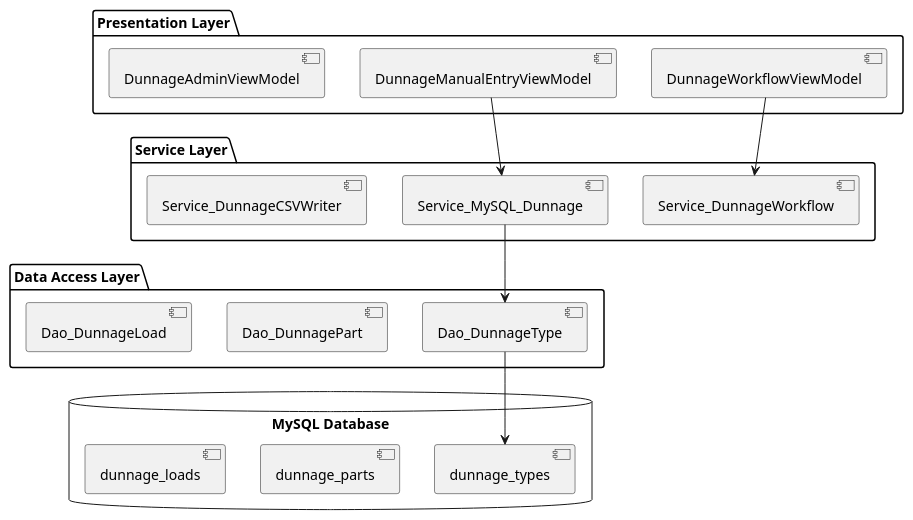
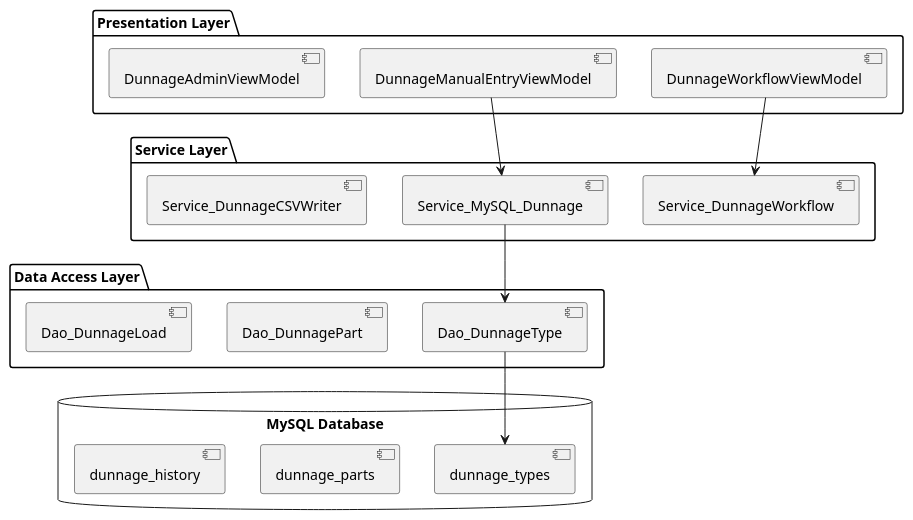
One commit to JDKoll1982/MTM_Receiving_Application changed the eighth of 19 diagrams in .github/instructions/plantuml-guide.instructions.md. Above: the diagram before and after it, drawn with PlantUML. The commit also changed other lines of this file and 287 other files, not shown here.

````diff
--- a/.github/instructions/plantuml-guide.instructions.md
+++ b/.github/instructions/plantuml-guide.instructions.md
@@ -317,32 +317,32 @@
 ```plantuml
 @startuml
 package "Presentation Layer" {
     [DunnageWorkflowViewModel]
     [DunnageManualEntryViewModel]
     [DunnageAdminViewModel]
 }
 
 package "Service Layer" {
     [Service_DunnageWorkflow]
     [Service_MySQL_Dunnage]
     [Service_DunnageCSVWriter]
 }
 
 package "Data Access Layer" {
     [Dao_DunnageType]
     [Dao_DunnagePart]
     [Dao_DunnageLoad]
 }
 
 database "MySQL Database" {
     [dunnage_types]
     [dunnage_parts]
-    [dunnage_loads]
+    [dunnage_history]
 }
 
 [DunnageWorkflowViewModel] --> [Service_DunnageWorkflow]
 [DunnageManualEntryViewModel] --> [Service_MySQL_Dunnage]
 [Service_MySQL_Dunnage] --> [Dao_DunnageType]
 [Dao_DunnageType] --> [dunnage_types]
 @enduml
 ```
````
